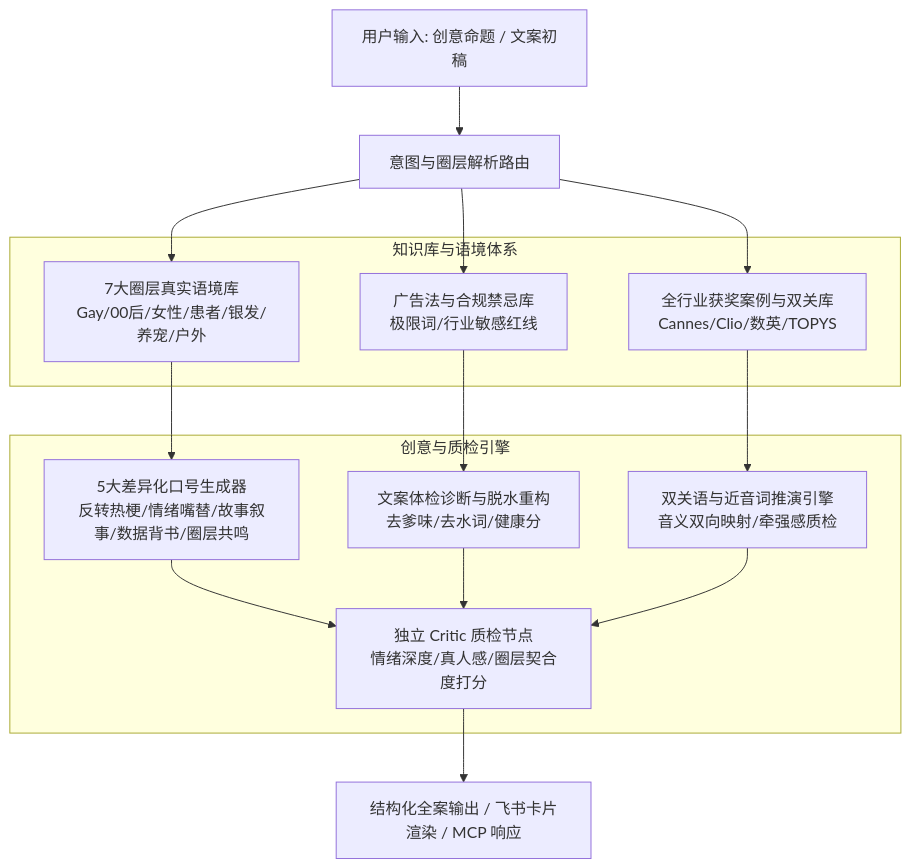
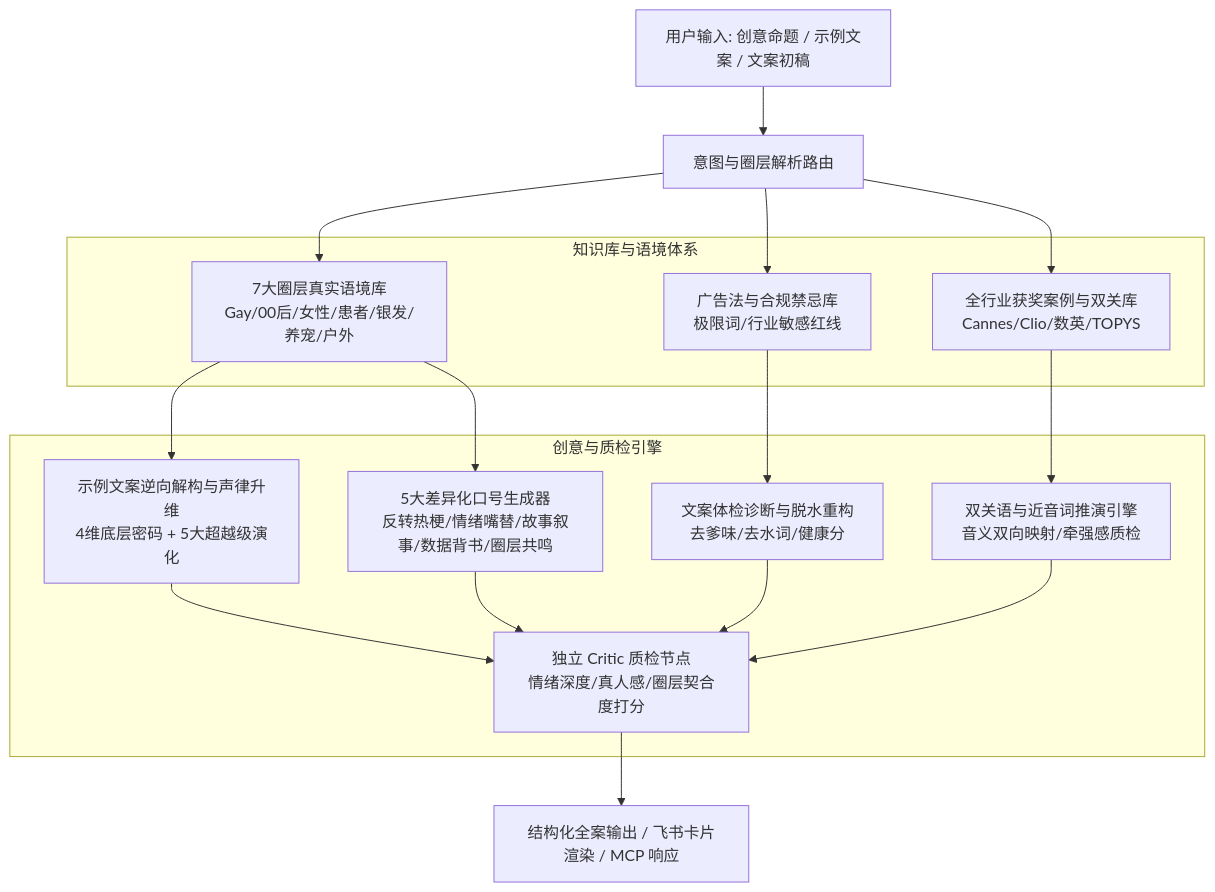
The diagram in README.md (veawho/via54ADIdeahub), drawn with Mermaid before and after one commit. The commit also changed other lines of this file and 5 other files, not shown here.

````diff
--- a/README.md
+++ b/README.md
@@ -24,31 +24,34 @@
 ```mermaid
 graph TD
-    A[用户输入: 创意命题 / 文案初稿] --> B[意图与圈层解析路由]
+    A[用户输入: 创意命题 / 示例文案 / 文案初稿] --> B[意图与圈层解析路由]
     
     subgraph 知识库与语境体系
         C1[7大圈层真实语境库<br/>Gay/00后/女性/患者/银发/养宠/户外]
         C2[全行业获奖案例与双关库<br/>Cannes/Clio/数英/TOPYS]
         C3[广告法与合规禁忌库<br/>极限词/行业敏感红线]
     end
     
     B --> C1
     B --> C2
     B --> C3
     
     subgraph 创意与质检引擎
+        D0[示例文案逆向解构与声律升维<br/>4维底层密码 + 5大超越级演化]
         D1[5大差异化口号生成器<br/>反转热梗/情绪嘴替/故事叙事/数据背书/圈层共鸣]
         D2[文案体检诊断与脱水重构<br/>去爹味/去水词/健康分]
         D3[双关语与近音词推演引擎<br/>音义双向映射/牵强感质检]
         D4[独立 Critic 质检节点<br/>情绪深度/真人感/圈层契合度打分]
     end
     
+    C1 --> D0
     C1 --> D1
     C2 --> D3
     C3 --> D2
     
+    D0 --> D4
     D1 --> D4
     D2 --> D4
     D3 --> D4
     
     D4 --> E[结构化全案输出 / 飞书卡片渲染 / MCP 响应]
 ```
````
